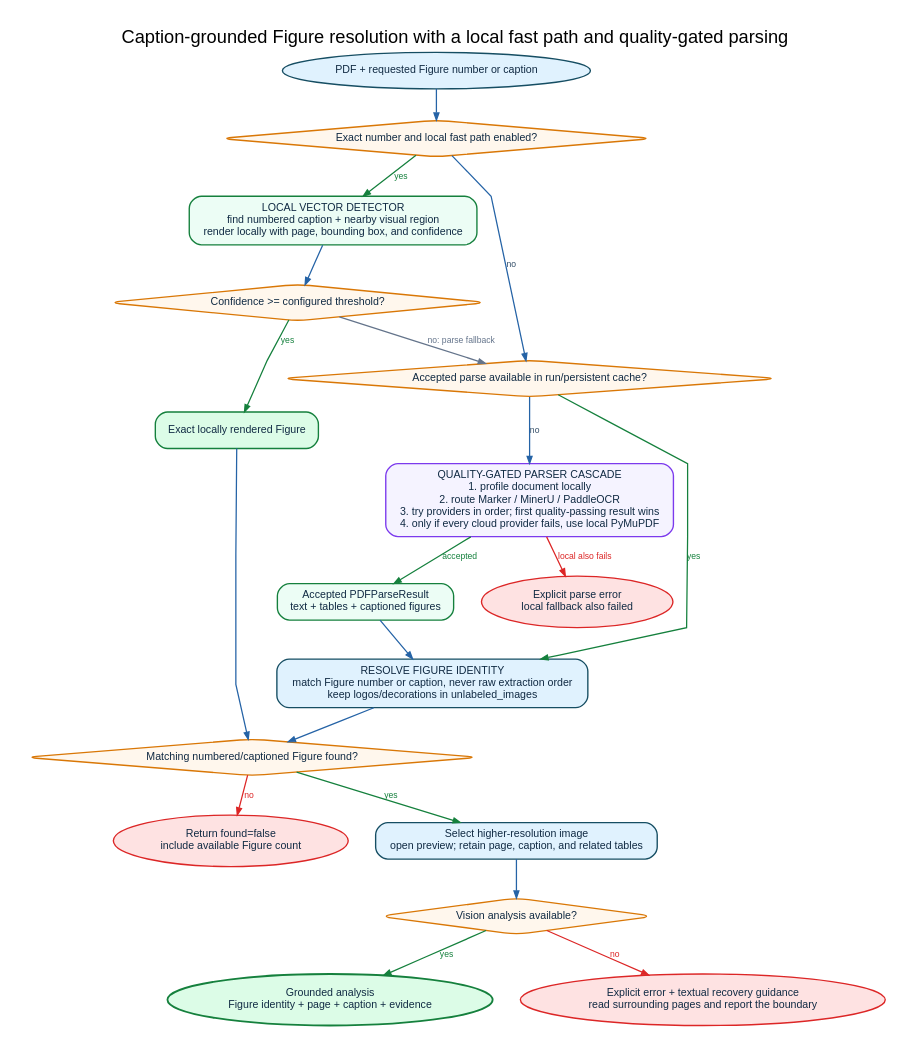
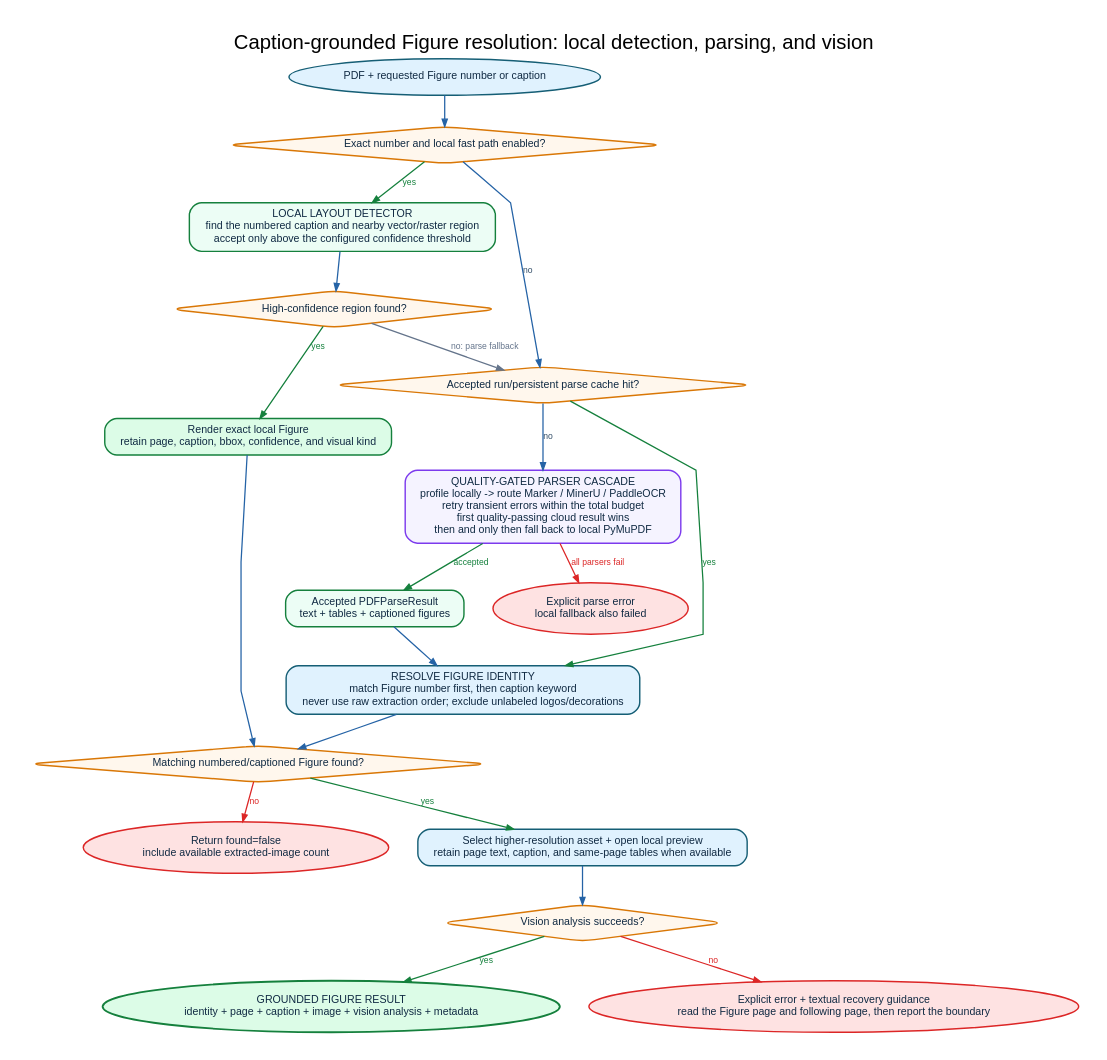
Before and after one commit to lixiuyin/web-agent: the diagram in docs/diagrams/figure-resolution-flow.dot, drawn with Graphviz. The commit also changed 2535 other files, not shown here.

```diff
--- a/docs/diagrams/figure-resolution-flow.dot
+++ b/docs/diagrams/figure-resolution-flow.dot
@@ -1,83 +1,101 @@
 digraph FigureResolution {
   graph [
     bgcolor="white",
     rankdir=TB,
     splines=polyline,
-    pad=0.22,
-    nodesep=0.38,
-    ranksep=0.42,
+    pad=0.28,
+    nodesep=0.40,
+    ranksep=0.40,
     fontname="Arial",
-    fontsize=18,
+    fontsize=20,
     labelloc="t",
-    label="Caption-grounded Figure resolution with a local fast path and quality-gated parsing"
+    label="Caption-grounded Figure resolution: local detection, parsing, and vision"
   ];
   node [
     shape=box,
     style="rounded,filled",
     fillcolor="#F8FAFC",
-    color="#164E63",
+    color="#155E75",
     fontcolor="#102A43",
     fontname="Arial",
     fontsize=10.5,
-    penwidth=1.35,
-    margin="0.15,0.09"
+    penwidth=1.4,
+    margin="0.16,0.09"
   ];
   edge [
     color="#2563A6",
     fontcolor="#334E68",
     fontname="Arial",
     fontsize=8.5,
     penwidth=1.25,
-    arrowsize=0.7
+    arrowsize=0.72
   ];
 
   input [label="PDF + requested Figure number or caption", shape=oval, fillcolor="#E0F2FE"];
   fast [label="Exact number and local fast path enabled?", shape=diamond, fillcolor="#FFF7ED", color="#D97706"];
   detector [
-    label="LOCAL VECTOR DETECTOR\nfind numbered caption + nearby visual region\nrender locally with page, bounding box, and confidence",
+    label="LOCAL LAYOUT DETECTOR\nfind the numbered caption and nearby vector/raster region\naccept only above the configured confidence threshold",
     fillcolor="#ECFDF5",
     color="#15803D"
   ];
-  confidence [label="Confidence >= configured threshold?", shape=diamond, fillcolor="#FFF7ED", color="#D97706"];
-  local_figure [label="Exact locally rendered Figure", fillcolor="#DCFCE7", color="#15803D"];
+  local_found [label="High-confidence region found?", shape=diamond, fillcolor="#FFF7ED", color="#D97706"];
+  local_figure [
+    label="Render exact local Figure\nretain page, caption, bbox, confidence, and visual kind",
+    fillcolor="#DCFCE7",
+    color="#15803D"
+  ];
 
-  cache [label="Accepted parse available in run/persistent cache?", shape=diamond, fillcolor="#FFF7ED", color="#D97706"];
+  cache [label="Accepted run/persistent parse cache hit?", shape=diamond, fillcolor="#FFF7ED", color="#D97706"];
   cascade [
-    label="QUALITY-GATED PARSER CASCADE\n1. profile document locally\n2. route Marker / MinerU / PaddleOCR\n3. try providers in order; first quality-passing result wins\n4. only if every cloud provider fails, use local PyMuPDF",
+    label="QUALITY-GATED PARSER CASCADE\nprofile locally -> route Marker / MinerU / PaddleOCR\nretry transient errors within the total budget\nfirst quality-passing cloud result wins\nthen and only then fall back to local PyMuPDF",
     fillcolor="#F5F3FF",
     color="#7C3AED"
   ];
   parsed [label="Accepted PDFParseResult\ntext + tables + captioned figures", fillcolor="#ECFDF5", color="#15803D"];
   parse_error [label="Explicit parse error\nlocal fallback also failed", shape=oval, fillcolor="#FEE2E2", color="#DC2626"];
   resolve [
-    label="RESOLVE FIGURE IDENTITY\nmatch Figure number or caption, never raw extraction order\nkeep logos/decorations in unlabeled_images",
+    label="RESOLVE FIGURE IDENTITY\nmatch Figure number first, then caption keyword\nnever use raw extraction order; exclude unlabeled logos/decorations",
     fillcolor="#E0F2FE"
   ];
 
   found [label="Matching numbered/captioned Figure found?", shape=diamond, fillcolor="#FFF7ED", color="#D97706"];
-  not_found [label="Return found=false\ninclude available Figure count", shape=oval, fillcolor="#FEE2E2", color="#DC2626"];
-  asset [label="Select higher-resolution image\nopen preview; retain page, caption, and related tables", fillcolor="#E0F2FE"];
-  vision [label="Vision analysis available?", shape=diamond, fillcolor="#FFF7ED", color="#D97706"];
-  success [label="Grounded analysis\nFigure identity + page + caption + evidence", shape=oval, fillcolor="#DCFCE7", color="#15803D", penwidth=1.8];
-  recovery [label="Explicit error + textual recovery guidance\nread surrounding pages and report the boundary", shape=oval, fillcolor="#FEE2E2", color="#DC2626"];
+  not_found [label="Return found=false\ninclude available extracted-image count", shape=oval, fillcolor="#FEE2E2", color="#DC2626"];
+  asset [
+    label="Select higher-resolution asset + open local preview\nretain page text, caption, and same-page tables when available",
+    fillcolor="#E0F2FE"
+  ];
+  vision [label="Vision analysis succeeds?", shape=diamond, fillcolor="#FFF7ED", color="#D97706"];
+  success [
+    label="GROUNDED FIGURE RESULT\nidentity + page + caption + image + vision analysis + metadata",
+    shape=oval,
+    fillcolor="#DCFCE7",
+    color="#15803D",
+    penwidth=1.8
+  ];
+  recovery [
+    label="Explicit error + textual recovery guidance\nread the Figure page and following page, then report the boundary",
+    shape=oval,
+    fillcolor="#FEE2E2",
+    color="#DC2626"
+  ];
 
   input -> fast;
   fast -> detector [label="yes", color="#15803D", fontcolor="#15803D"];
-  detector -> confidence;
-  confidence -> local_figure [label="yes", color="#15803D", fontcolor="#15803D"];
+  detector -> local_found;
+  local_found -> local_figure [label="yes", color="#15803D", fontcolor="#15803D"];
   fast -> cache [label="no"];
-  confidence -> cache [label="no: parse fallback", color="#64748B", fontcolor="#64748B"];
+  local_found -> cache [label="no: parse fallback", color="#64748B", fontcolor="#64748B"];
   cache -> resolve [label="yes", color="#15803D", fontcolor="#15803D"];
   cache -> cascade [label="no"];
   cascade -> parsed [label="accepted", color="#15803D", fontcolor="#15803D"];
-  cascade -> parse_error [label="local also fails", color="#DC2626", fontcolor="#DC2626"];
+  cascade -> parse_error [label="all parsers fail", color="#DC2626", fontcolor="#DC2626"];
   parsed -> resolve;
 
   local_figure -> found;
   resolve -> found;
   found -> not_found [label="no", color="#DC2626", fontcolor="#DC2626"];
   found -> asset [label="yes", color="#15803D", fontcolor="#15803D"];
   asset -> vision;
   vision -> success [label="yes", color="#15803D", fontcolor="#15803D"];
   vision -> recovery [label="no", color="#DC2626", fontcolor="#DC2626"];
 }
```
